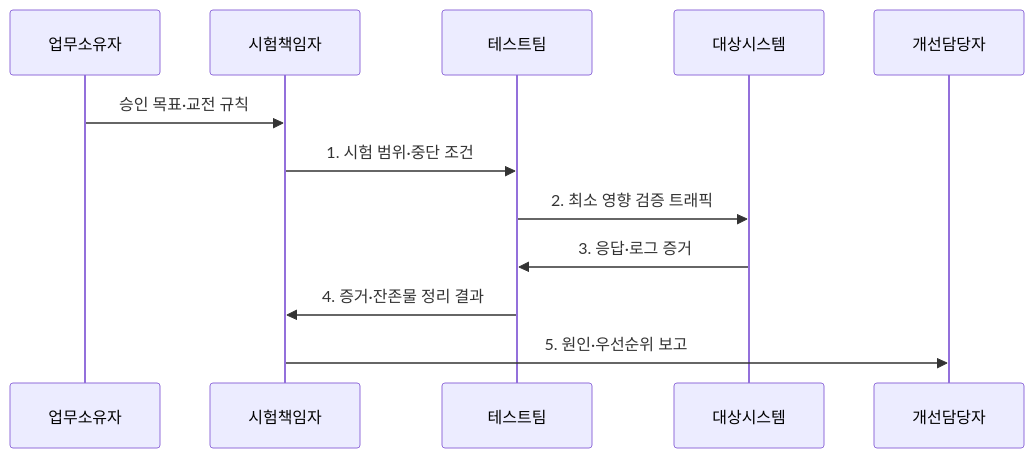
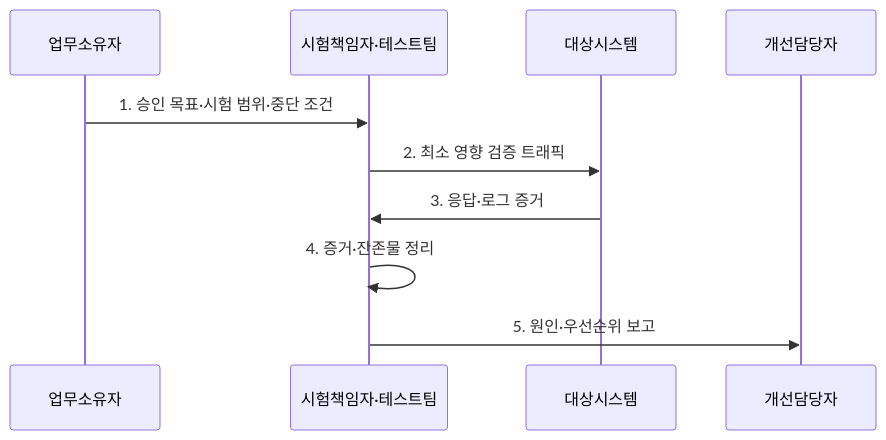
The second of 2 diagrams in src/content/docs/notes/05-security/041_penetration_testing_methodology.md (agnusdei1207/knowledge-base), drawn with Mermaid before and after one commit. The commit also changed other lines of this file and 8 other files, not shown here.

````diff
--- a/src/content/docs/notes/05-security/041_penetration_testing_methodology.md
+++ b/src/content/docs/notes/05-security/041_penetration_testing_methodology.md
@@ -102,14 +102,12 @@
 ```mermaid
 sequenceDiagram
     participant 업무소유자
-    participant 시험책임자
-    participant 테스트팀
+    participant 테스트팀 as 시험책임자·테스트팀
     participant 대상시스템
     participant 개선담당자
-    업무소유자->>시험책임자: 승인 목표·교전 규칙
-    시험책임자->>테스트팀: 1. 시험 범위·중단 조건
+    업무소유자->>테스트팀: 1. 승인 목표·시험 범위·중단 조건
     테스트팀->>대상시스템: 2. 최소 영향 검증 트래픽
     대상시스템->>테스트팀: 3. 응답·로그 증거
-    테스트팀->>시험책임자: 4. 증거·잔존물 정리 결과
-    시험책임자->>개선담당자: 5. 원인·우선순위 보고
+    테스트팀->>테스트팀: 4. 증거·잔존물 정리
+    테스트팀->>개선담당자: 5. 원인·우선순위 보고
 ```
````
